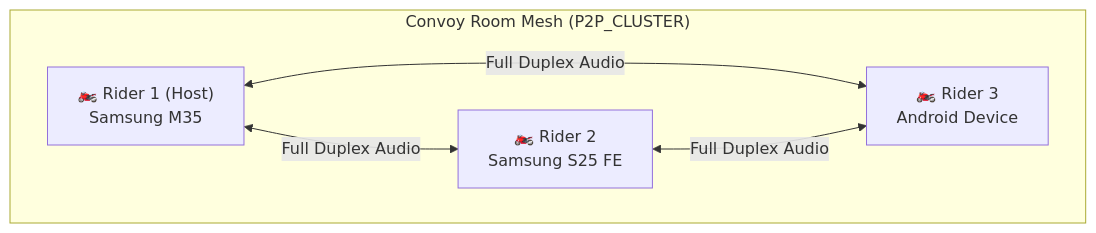
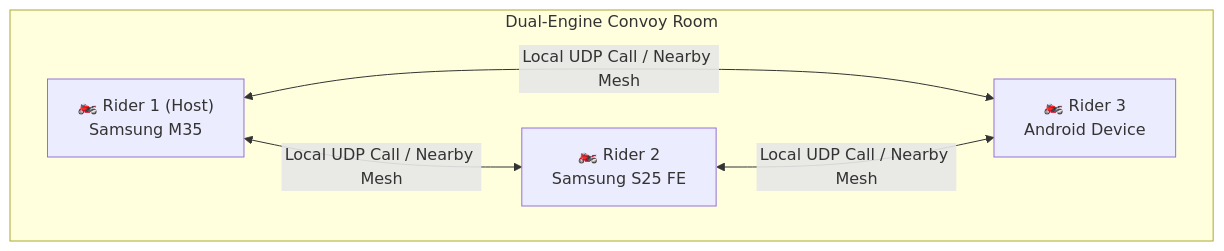
Before and after one commit to piyushmali61/bike-ride-project: the diagram in README.md, drawn with Mermaid. The commit also changed other lines of this file and 9 other files, not shown here.

Commit message:
feat: Add Dual Local Hotspot/Wi-Fi Call transport and Zero-Gemini Proximity Wave-to-Mute

````diff
--- a/README.md
+++ b/README.md
@@ -48,8 +53,8 @@
 ```mermaid
 graph TD
-    subgraph "Convoy Room Mesh (P2P_CLUSTER)"
-        Biker1["🏍️ Rider 1 (Host)<br/>Samsung M35"] <-->|Full Duplex Audio| Biker2["🏍️ Rider 2<br/>Samsung S25 FE"]
-        Biker1 <-->|Full Duplex Audio| Biker3["🏍️ Rider 3<br/>Android Device"]
-        Biker2 <-->|Full Duplex Audio| Biker3
+    subgraph "Dual-Engine Convoy Room"
+        Biker1["🏍️ Rider 1 (Host)<br/>Samsung M35"] <-->|Local UDP Call / Nearby Mesh| Biker2["🏍️ Rider 2<br/>Samsung S25 FE"]
+        Biker1 <-->|Local UDP Call / Nearby Mesh| Biker3["🏍️ Rider 3<br/>Android Device"]
+        Biker2 <-->|Local UDP Call / Nearby Mesh| Biker3
     end
 ```
````
